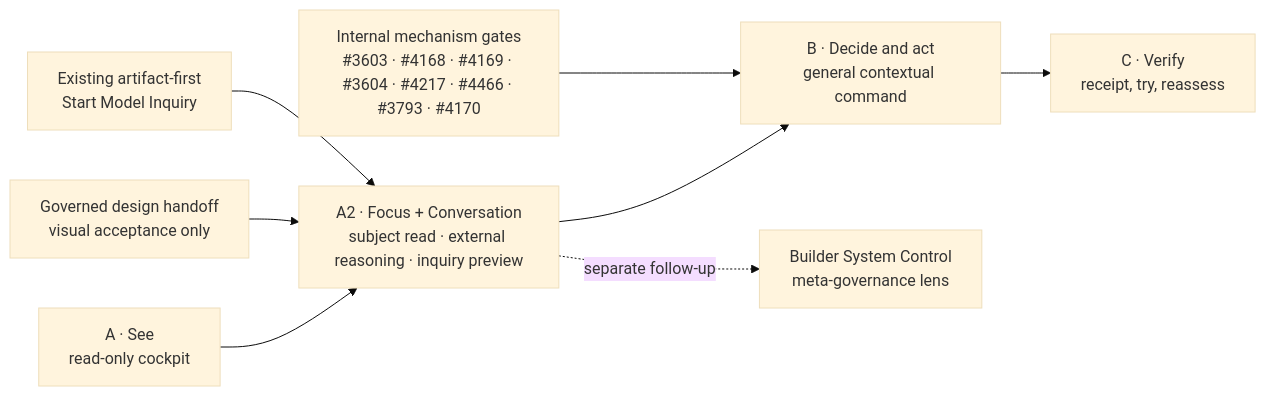
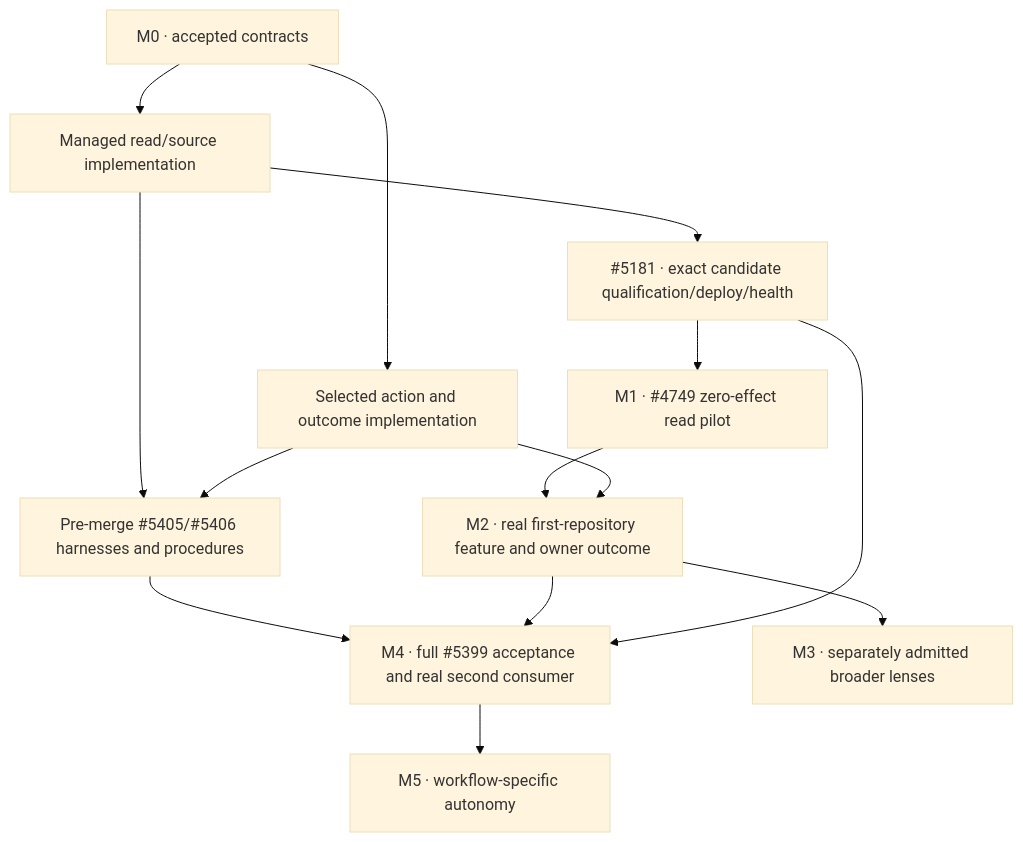
The diagram in docs/plans/DEVUI_IMPLEMENTATION.md (RasmusTho/agentic-pkm-mvp), drawn with Mermaid (base theme) before and after one commit. The commit also changed other lines of this file and 12 other files, not shown here.

````diff
--- a/docs/plans/DEVUI_IMPLEMENTATION.md
+++ b/docs/plans/DEVUI_IMPLEMENTATION.md
@@ -341,10 +359,16 @@
 ```mermaid
-flowchart LR
-  A["A · See<br/>read-only cockpit"] --> A2["A2 · Focus + Conversation<br/>subject read · external reasoning · inquiry preview"]
-  A2 --> B["B · Decide and act<br/>general contextual command"]
-  B --> C["C · Verify<br/>receipt, try, reassess"]
-  D["Governed design handoff<br/>visual acceptance only"] --> A2
-  I["Existing artifact-first<br/>Start Model Inquiry"] --> A2
-  A2 -. separate follow-up .-> S["Builder System Control<br/>meta-governance lens"]
-  M["Internal mechanism gates<br/>#3603 · #4168 · #4169 · #3604 · #4217 · #4466 · #3793 · #4170"] --> B
+flowchart TD
+  M0["M0 · accepted contracts"] --> R["Managed read/source implementation"]
+  M0 --> A["Selected action and outcome implementation"]
+  R --> H["Pre-merge #5405/#5406 harnesses and procedures"]
+  A --> H
+  R --> D["#5181 · exact candidate qualification/deploy/health"]
+  D --> P["M1 · #4749 zero-effect read pilot"]
+  P --> F["M2 · real first-repository feature and owner outcome"]
+  A --> F
+  H --> Q["M4 · full #5399 acceptance and real second consumer"]
+  F --> Q
+  D --> Q
+  F --> L["M3 · separately admitted broader lenses"]
+  Q --> U["M5 · workflow-specific autonomy"]
 ```
````
